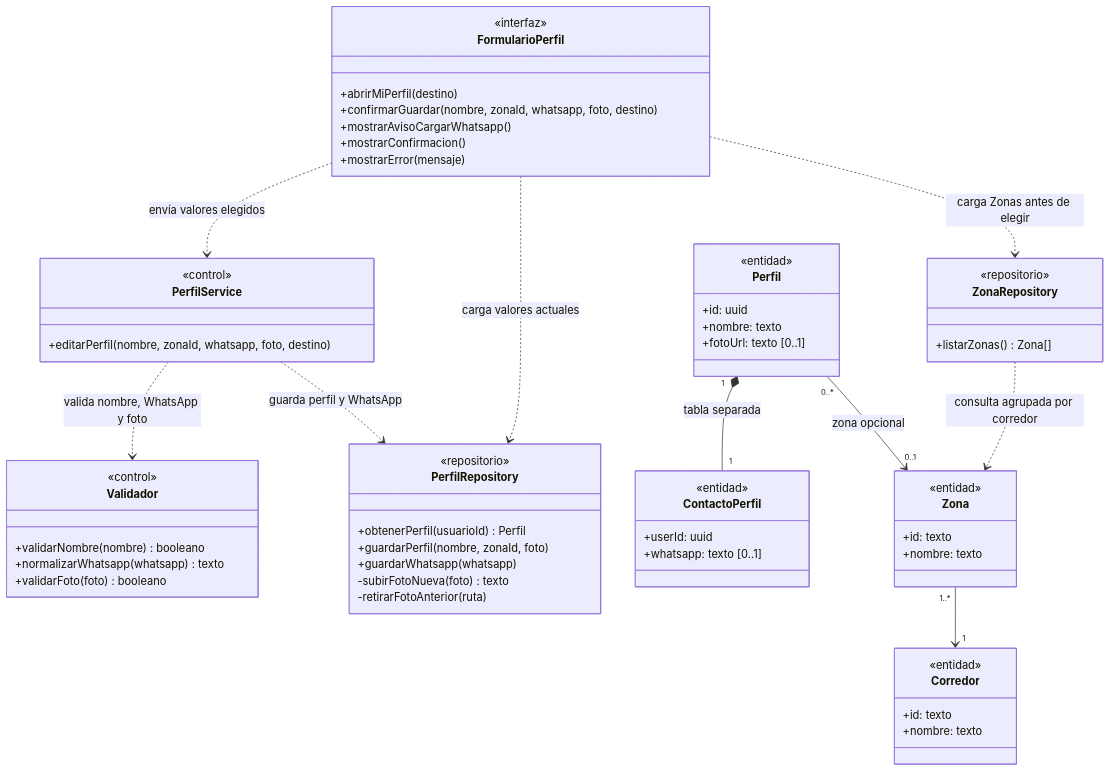
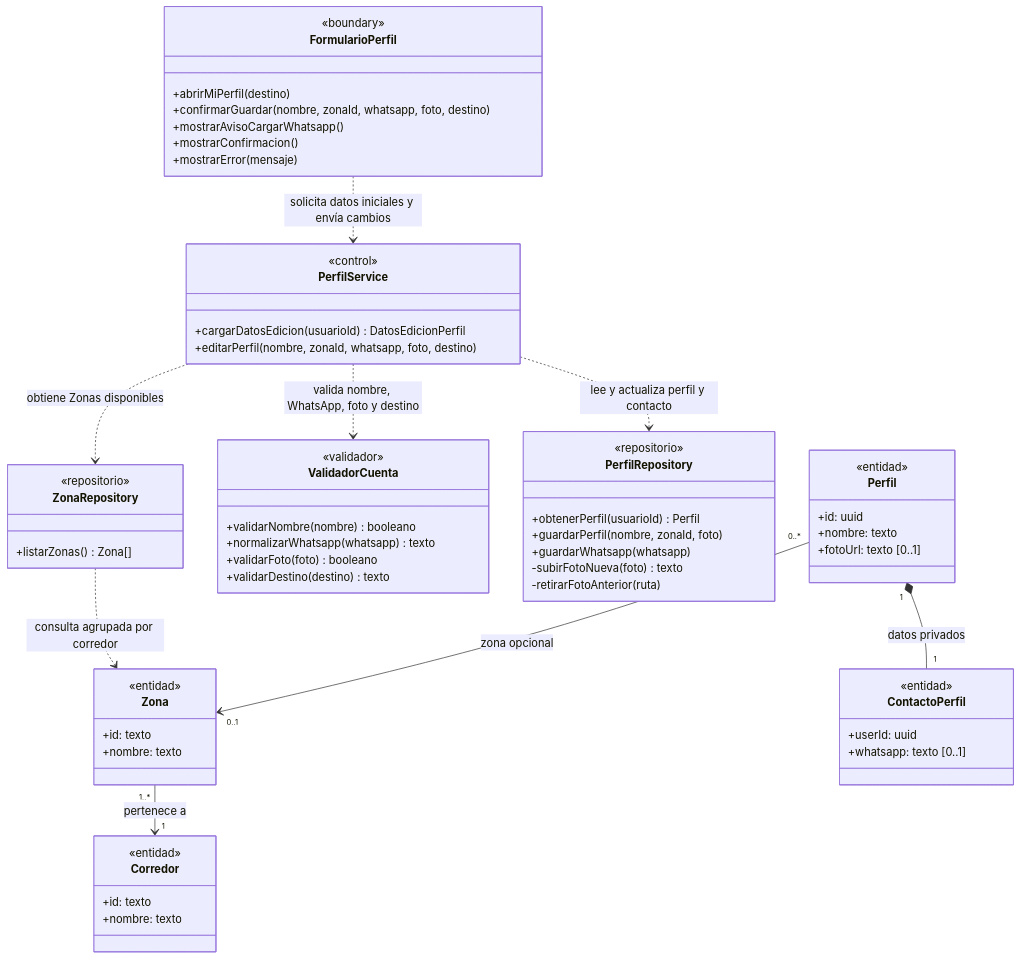
One commit to nicqletal/torneos-scraper changed the sixth of 7 diagrams in docs/diagramas-de-clase/cuenta-y-acceso.md. Above: the diagram before and after it, drawn with Mermaid. The commit also changed other lines of this file and 12 other files, not shown here.

Commit message:
Correcion Diagramas de Clase

````diff
--- a/docs/diagramas-de-clase/cuenta-y-acceso.md
+++ b/docs/diagramas-de-clase/cuenta-y-acceso.md
@@ -434,64 +306,65 @@
 ```mermaid
 classDiagram
 direction TB
 class FormularioPerfil {
-  <<interfaz>>
+  <<boundary>>
   +abrirMiPerfil(destino)
   +confirmarGuardar(nombre, zonaId, whatsapp, foto, destino)
   +mostrarAvisoCargarWhatsapp()
   +mostrarConfirmacion()
   +mostrarError(mensaje)
 }
+class PerfilService {
+  <<control>>
+  +cargarDatosEdicion(usuarioId) DatosEdicionPerfil
+  +editarPerfil(nombre, zonaId, whatsapp, foto, destino)
+}
+class ValidadorCuenta {
+  <<validador>>
+  +validarNombre(nombre) booleano
+  +normalizarWhatsapp(whatsapp) texto
+  +validarFoto(foto) booleano
+  +validarDestino(destino) texto
+}
 class ZonaRepository {
   <<repositorio>>
   +listarZonas() Zona[]
-}
-class PerfilService {
-  <<control>>
-  +editarPerfil(nombre, zonaId, whatsapp, foto, destino)
-}
-class Validador {
-  <<control>>
-  +validarNombre(nombre) booleano
-  +normalizarWhatsapp(whatsapp) texto
-  +validarFoto(foto) booleano
 }
 class PerfilRepository {
   <<repositorio>>
   +obtenerPerfil(usuarioId) Perfil
   +guardarPerfil(nombre, zonaId, foto)
   +guardarWhatsapp(whatsapp)
   -subirFotoNueva(foto) texto
   -retirarFotoAnterior(ruta)
 }
 class Perfil {
   <<entidad>>
   +id: uuid
   +nombre: texto
   +fotoUrl: texto [0..1]
 }
 class ContactoPerfil {
   <<entidad>>
   +userId: uuid
   +whatsapp: texto [0..1]
 }
 class Zona {
   <<entidad>>
   +id: texto
   +nombre: texto
 }
 class Corredor {
   <<entidad>>
   +id: texto
   +nombre: texto
 }
-FormularioPerfil ..> PerfilRepository : carga valores actuales
-FormularioPerfil ..> ZonaRepository : carga Zonas antes de elegir
-FormularioPerfil ..> PerfilService : envía valores elegidos
-PerfilService ..> Validador : valida nombre, WhatsApp y foto
-PerfilService ..> PerfilRepository : guarda perfil y WhatsApp
+FormularioPerfil ..> PerfilService : solicita datos iniciales y envía cambios
+PerfilService ..> ZonaRepository : obtiene Zonas disponibles
+PerfilService ..> ValidadorCuenta : valida nombre, WhatsApp, foto y destino
+PerfilService ..> PerfilRepository : lee y actualiza perfil y contacto
 ZonaRepository ..> Zona : consulta agrupada por corredor
-Zona "1..*" --> "1" Corredor
+Zona "1..*" --> "1" Corredor : pertenece a
 Perfil "0..*" --> "0..1" Zona : zona opcional
-Perfil "1" *-- "1" ContactoPerfil : tabla separada
+Perfil "1" *-- "1" ContactoPerfil : datos privados
 ```
````
